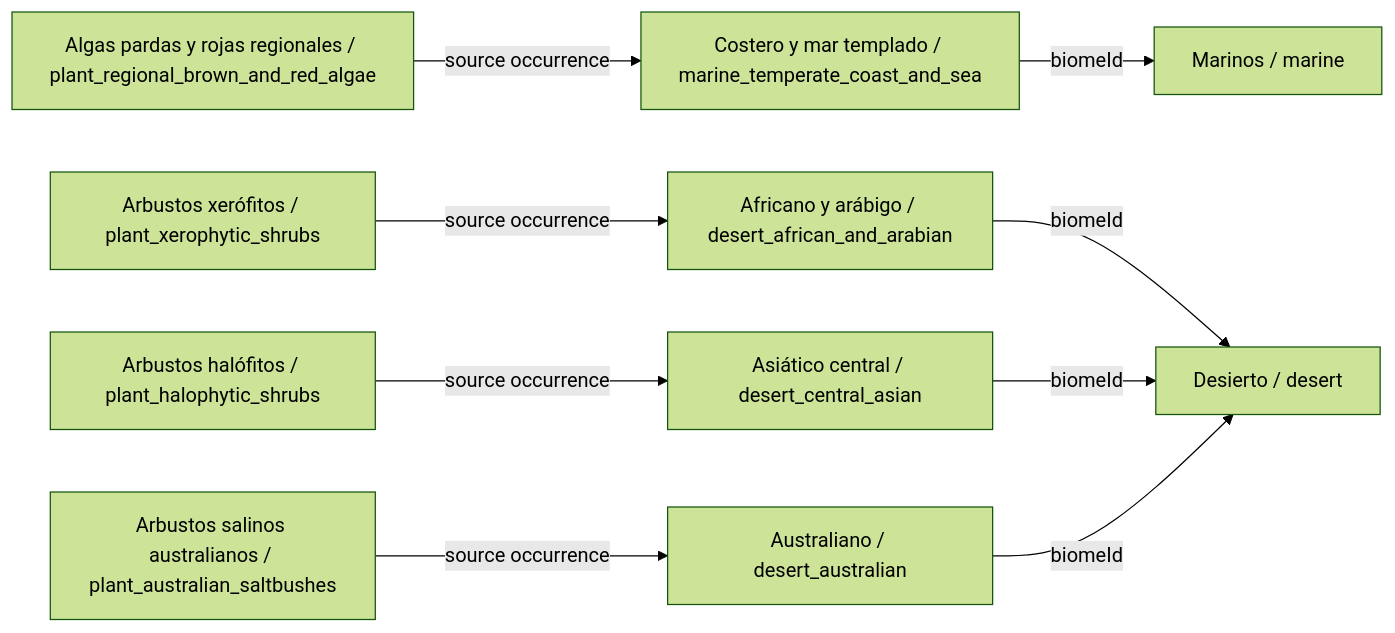
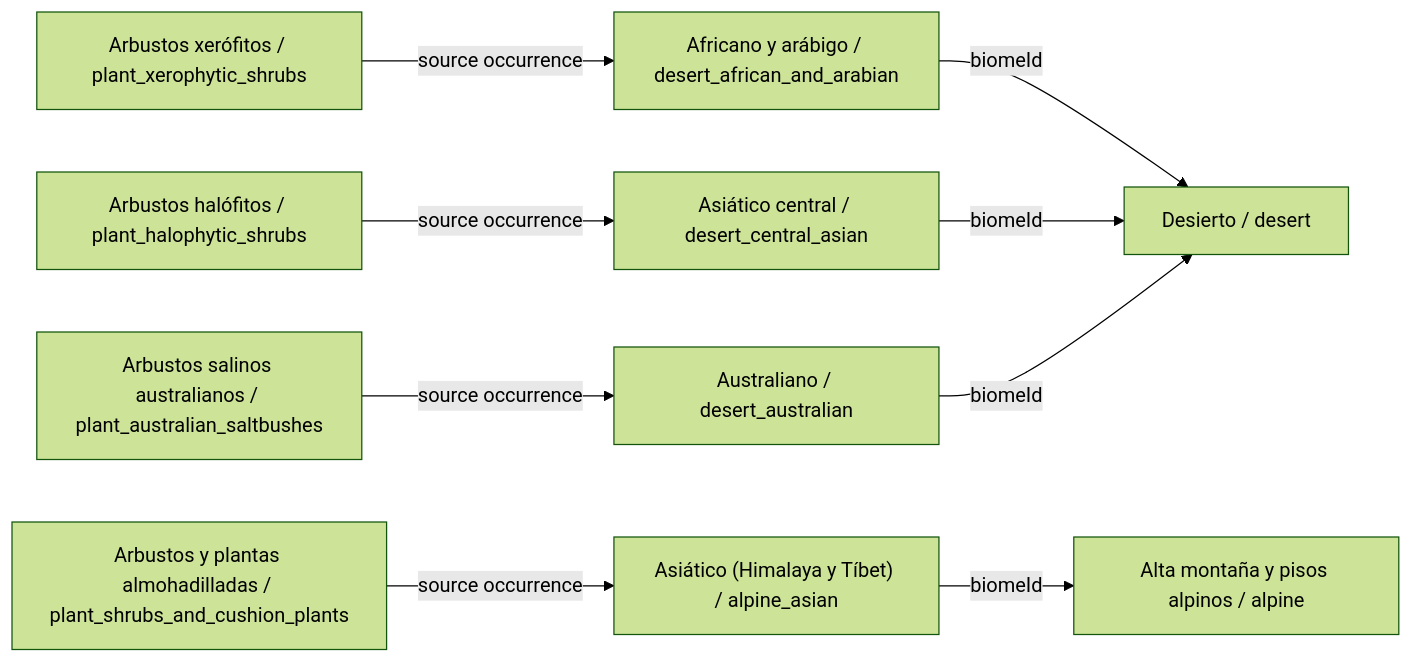
One commit to fgabo404/EvolveDoc changed the third of 34 diagrams in data/plants/DIAGRAMS.es.md. Above: the diagram before and after it, drawn with Mermaid (forest theme). The commit also changed other lines of this file and 59 other files, not shown here.

````diff
--- a/data/plants/DIAGRAMS.es.md
+++ b/data/plants/DIAGRAMS.es.md
@@ -229,21 +200,21 @@
 ```mermaid
 flowchart LR
-    c0["Algas pardas y rojas regionales / plant_regional_brown_and_red_algae"]
-    v20["Costero y mar templado / marine_temperate_coast_and_sea"]
-    b5["Marinos / marine"]
-    c1["Arbustos halófitos / plant_halophytic_shrubs"]
+    c0["Arbustos halófitos / plant_halophytic_shrubs"]
     v17["Asiático central / desert_central_asian"]
     b4["Desierto / desert"]
-    c2["Arbustos salinos australianos / plant_australian_saltbushes"]
+    c1["Arbustos salinos australianos / plant_australian_saltbushes"]
     v18["Australiano / desert_australian"]
-    c3["Arbustos xerófitos / plant_xerophytic_shrubs"]
+    c2["Arbustos xerófitos / plant_xerophytic_shrubs"]
     v16["Africano y arábigo / desert_african_and_arabian"]
-    c0 -->|source occurrence| v20
-    c1 -->|source occurrence| v17
-    c2 -->|source occurrence| v18
-    c3 -->|source occurrence| v16
+    c3["Arbustos y plantas almohadilladas / plant_shrubs_and_cushion_plants"]
+    v24["Asiático (Himalaya y Tíbet) / alpine_asian"]
+    b6["Alta montaña y pisos alpinos / alpine"]
+    c0 -->|source occurrence| v17
+    c1 -->|source occurrence| v18
+    c2 -->|source occurrence| v16
+    c3 -->|source occurrence| v24
     v16 -->|biomeId| b4
     v17 -->|biomeId| b4
     v18 -->|biomeId| b4
-    v20 -->|biomeId| b5
+    v24 -->|biomeId| b6
 ```
````
